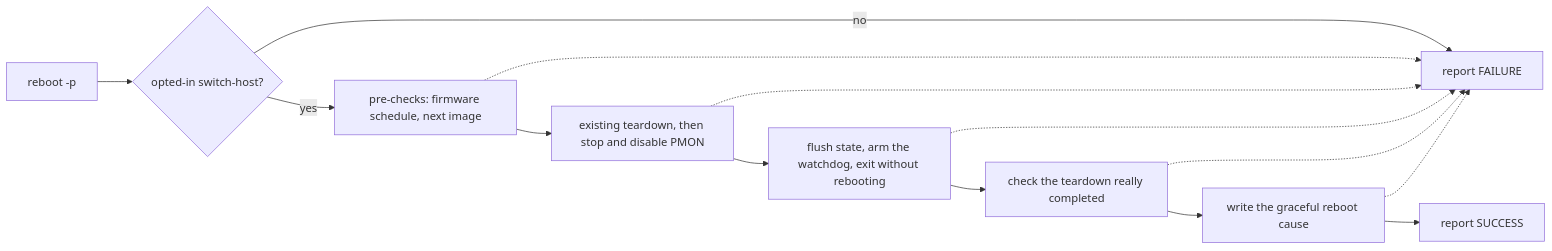
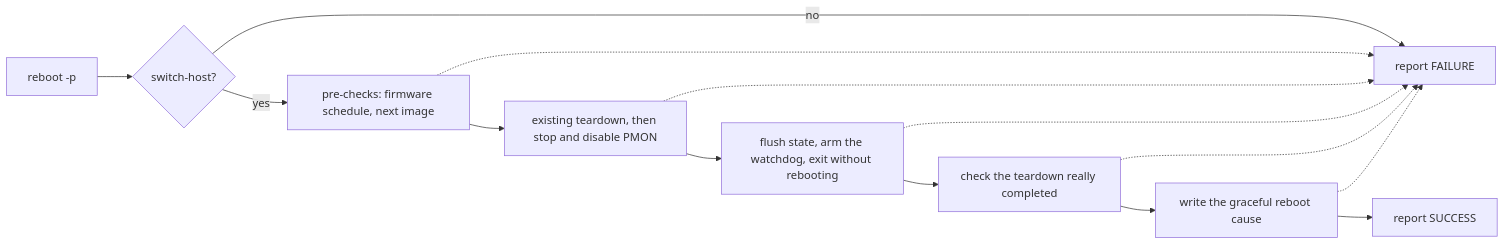
One commit to sonic-net/SONiC changed the third of 5 diagrams in doc/bmc/graceful-shutdown/switch-host-graceful-shutdown-hld.md. Above: the diagram before and after it, drawn with Mermaid. The commit also changed other lines of this file, not shown here.

````diff
--- a/doc/bmc/graceful-shutdown/switch-host-graceful-shutdown-hld.md
+++ b/doc/bmc/graceful-shutdown/switch-host-graceful-shutdown-hld.md
@@ -225,16 +226,16 @@
 ```mermaid
 flowchart LR
-    S["reboot -p"] --> G{"opted-in switch-host?"}
+    S["reboot -p"] --> G{"switch-host?"}
     G -- "no" --> F["report FAILURE"]
     G -- "yes" --> P1["pre-checks: firmware schedule, next image"]
     P1 --> P2["existing teardown, then stop and disable PMON"]
     P2 --> P3["flush state, arm the watchdog, exit without rebooting"]
     P3 --> P4["check the teardown really completed"]
     P4 --> P5["write the graceful reboot cause"]
     P5 --> OK["report SUCCESS"]
     P1 -.-> F
     P2 -.-> F
     P3 -.-> F
     P4 -.-> F
     P5 -.-> F
 ```
````
